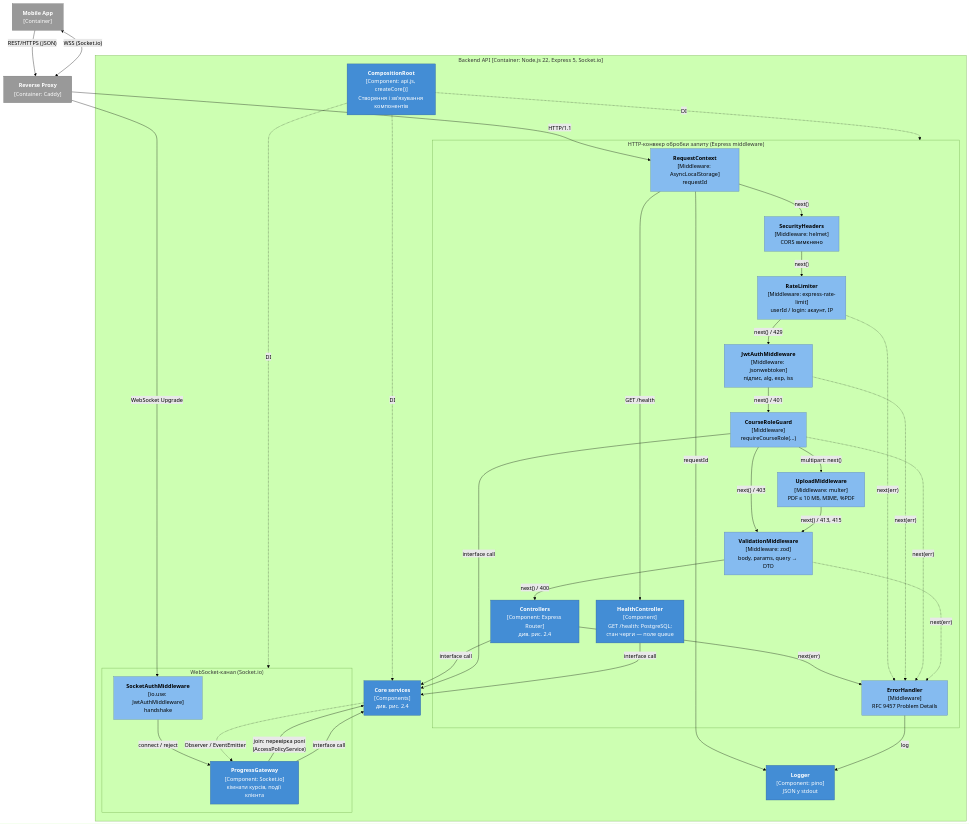
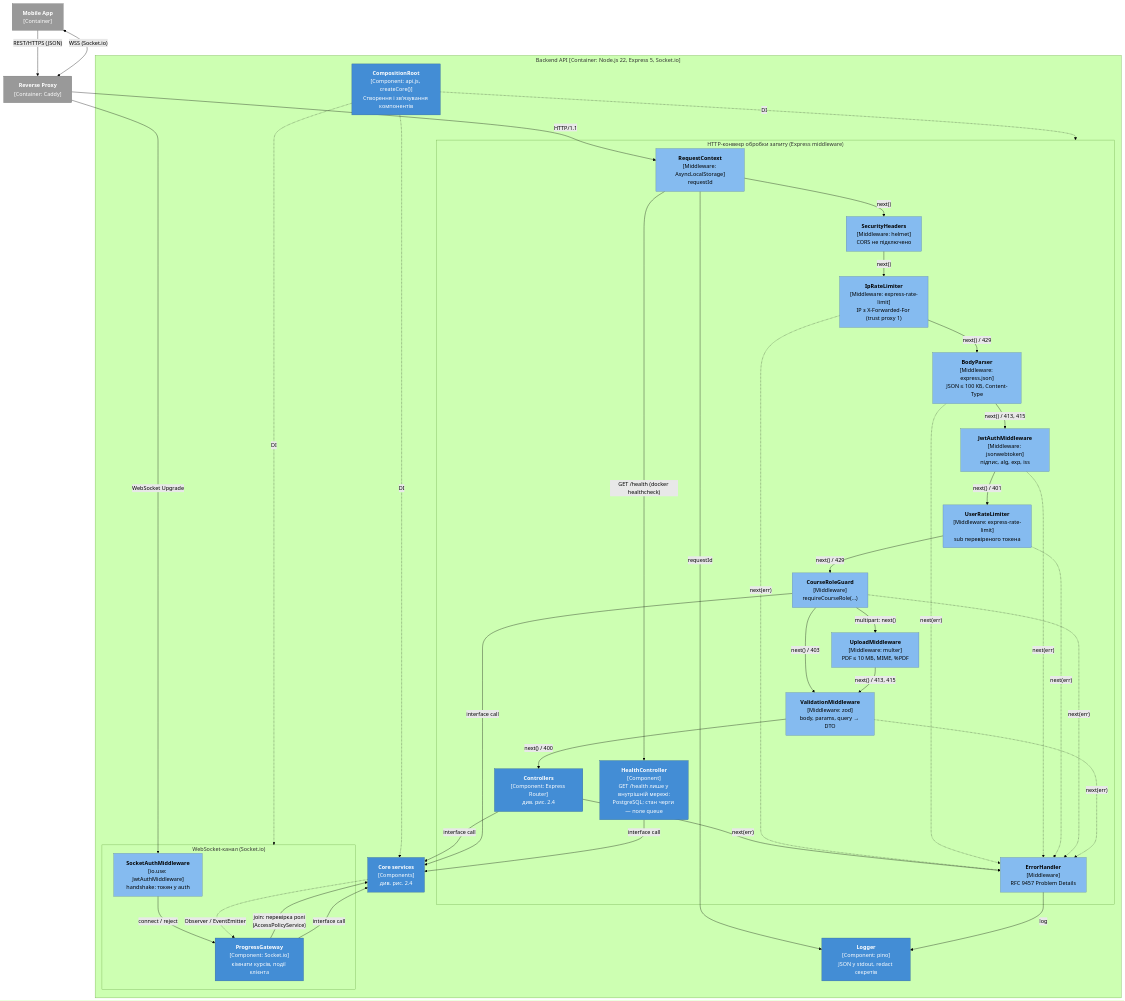
Before and after one commit to MarcoGr11/Recall: the third of 8 diagrams in docs/2_design.md, drawn with Mermaid (forest theme). The commit also changed other lines of this file and 8 other files, not shown here.

Commit message:
docs: map API routes and data flows after integration security audit

````diff
--- a/docs/2_design.md
+++ b/docs/2_design.md
@@ -415,65 +415,71 @@
 ```mermaid
 flowchart TB
     mobile["<b>Mobile App</b><br/>[Container]"]
     proxy["<b>Reverse Proxy</b><br/>[Container: Caddy]"]
 
     subgraph api["Backend API [Container: Node.js 22, Express 5, Socket.io]"]
         root["<b>CompositionRoot</b><br/>[Component: api.js, createCore()]<br/>Створення і зв'язування компонентів"]
         subgraph http["HTTP-конвеєр обробки запиту (Express middleware)"]
             ctx["<b>RequestContext</b><br/>[Middleware: AsyncLocalStorage]<br/>requestId"]
-            sec["<b>SecurityHeaders</b><br/>[Middleware: helmet]<br/>CORS вимкнено"]
-            rl["<b>RateLimiter</b><br/>[Middleware: express-rate-limit]<br/>userId / login: акаунт, IP"]
+            sec["<b>SecurityHeaders</b><br/>[Middleware: helmet]<br/>CORS не підключено"]
+            iprl["<b>IpRateLimiter</b><br/>[Middleware: express-rate-limit]<br/>IP з X-Forwarded-For (trust proxy 1)"]
+            body["<b>BodyParser</b><br/>[Middleware: express.json]<br/>JSON ≤ 100 КБ, Content-Type"]
             jwt["<b>JwtAuthMiddleware</b><br/>[Middleware: jsonwebtoken]<br/>підпис, alg, exp, iss"]
+            url["<b>UserRateLimiter</b><br/>[Middleware: express-rate-limit]<br/>sub перевіреного токена"]
             guard["<b>CourseRoleGuard</b><br/>[Middleware]<br/>requireCourseRole(...)"]
             upload["<b>UploadMiddleware</b><br/>[Middleware: multer]<br/>PDF ≤ 10 МБ, MIME, %PDF"]
             valid["<b>ValidationMiddleware</b><br/>[Middleware: zod]<br/>body, params, query → DTO"]
             ctrl["<b>Controllers</b><br/>[Component: Express Router]<br/>див. рис. 2.4"]
             err["<b>ErrorHandler</b><br/>[Middleware]<br/>RFC 9457 Problem Details"]
-            health["<b>HealthController</b><br/>[Component]<br/>GET /health: PostgreSQL;<br/>стан черги — поле queue"]
+            health["<b>HealthController</b><br/>[Component]<br/>GET /health лише у внутрішній мережі:<br/>PostgreSQL; стан черги — поле queue"]
         end
         subgraph ws["WebSocket-канал (Socket.io)"]
-            wsAuth["<b>SocketAuthMiddleware</b><br/>[io.use: JwtAuthMiddleware]<br/>handshake"]
+            wsAuth["<b>SocketAuthMiddleware</b><br/>[io.use: JwtAuthMiddleware]<br/>handshake: токен у auth"]
             gw["<b>ProgressGateway</b><br/>[Component: Socket.io]<br/>кімнати курсів, події клієнта"]
         end
-        logger["<b>Logger</b><br/>[Component: pino]<br/>JSON у stdout"]
+        logger["<b>Logger</b><br/>[Component: pino]<br/>JSON у stdout, redact секретів"]
         core["<b>Core services</b><br/>[Components]<br/>див. рис. 2.4"]
     end
 
     mobile -- "REST/HTTPS (JSON)" --> proxy
     mobile <-- "WSS (Socket.io)" --> proxy
     proxy -- "HTTP/1.1" --> ctx
     proxy -- "WebSocket Upgrade" --> wsAuth
     ctx -- "next()" --> sec
-    ctx -- "GET /health" --> health
-    sec -- "next()" --> rl
-    rl -- "next() / 429" --> jwt
-    jwt -- "next() / 401" --> guard
+    ctx -- "GET /health (docker healthcheck)" --> health
+    sec -- "next()" --> iprl
+    iprl -- "next() / 429" --> body
+    body -- "next() / 413, 415" --> jwt
+    jwt -- "next() / 401" --> url
+    url -- "next() / 429" --> guard
     guard -- "multipart: next()" --> upload
     guard -- "next() / 403" --> valid
     upload -- "next() / 413, 415" --> valid
     valid -- "next() / 400" --> ctrl
     ctrl -- "interface call" --> core
     ctrl -- "next(err)" --> err
-    rl -. "next(err)" .-> err
+    iprl -. "next(err)" .-> err
+    body -. "next(err)" .-> err
     jwt -. "next(err)" .-> err
+    url -. "next(err)" .-> err
     guard -. "next(err)" .-> err
     valid -. "next(err)" .-> err
     wsAuth -- "connect / reject" --> gw
     gw -- "join: перевірка ролі<br/>(AccessPolicyService)" --> core
     guard -- "interface call" --> core
     health -- "interface call" --> core
     gw -- "interface call" --> core
     core -. "Observer / EventEmitter" .-> gw
     ctx -- "requestId" --> logger
     err -- "log" --> logger
     root -. "DI" .-> http
     root -. "DI" .-> ws
     root -. "DI" .-> core
 
     classDef ext fill:#999999,stroke:#6b6b6b,color:#fff
     classDef mw fill:#85bbf0,stroke:#5d82a8,color:#000
     classDef comp fill:#438dd5,stroke:#2e6295,color:#fff
     class mobile,proxy ext
-    class ctx,sec,rl,jwt,guard,upload,valid,err,wsAuth mw
+    class ctx,sec,iprl,body,jwt,url,guard,upload,valid,err,wsAuth mw
     class root,ctrl,health,gw,logger,core comp
 ```
````
